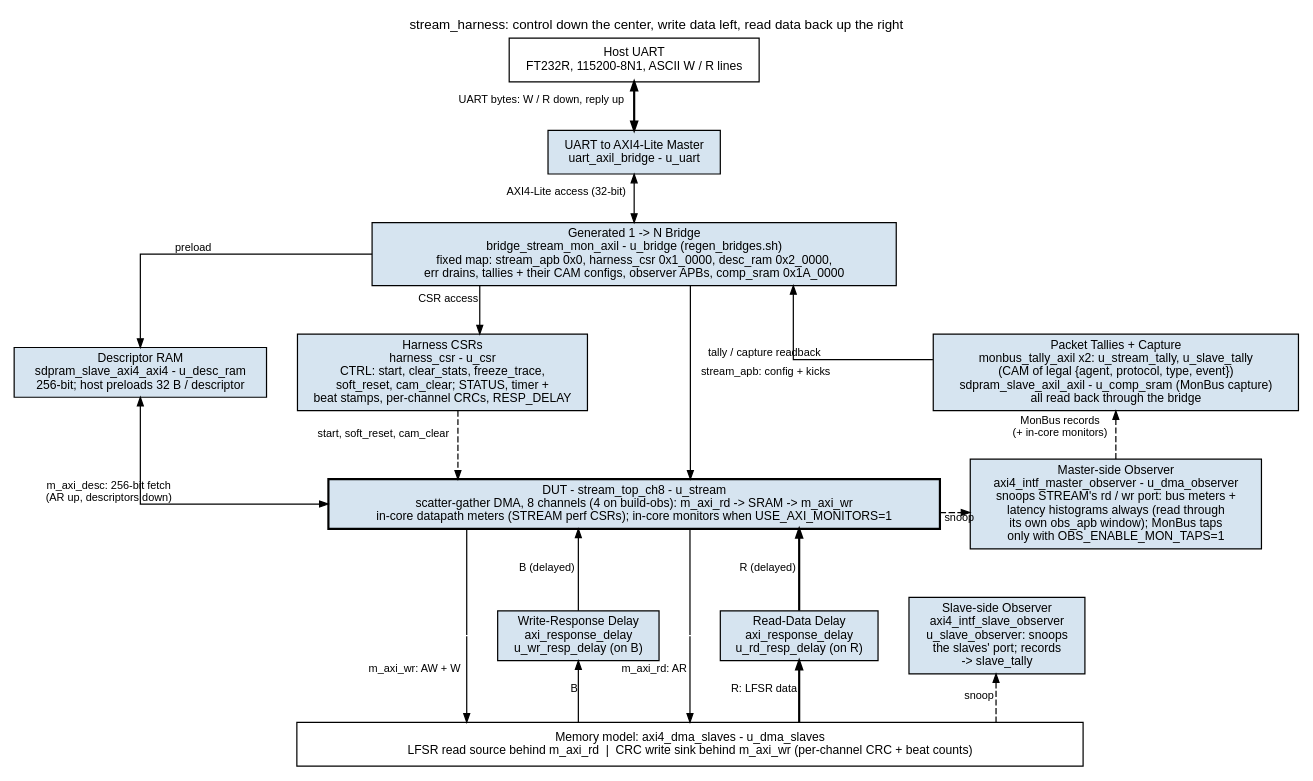
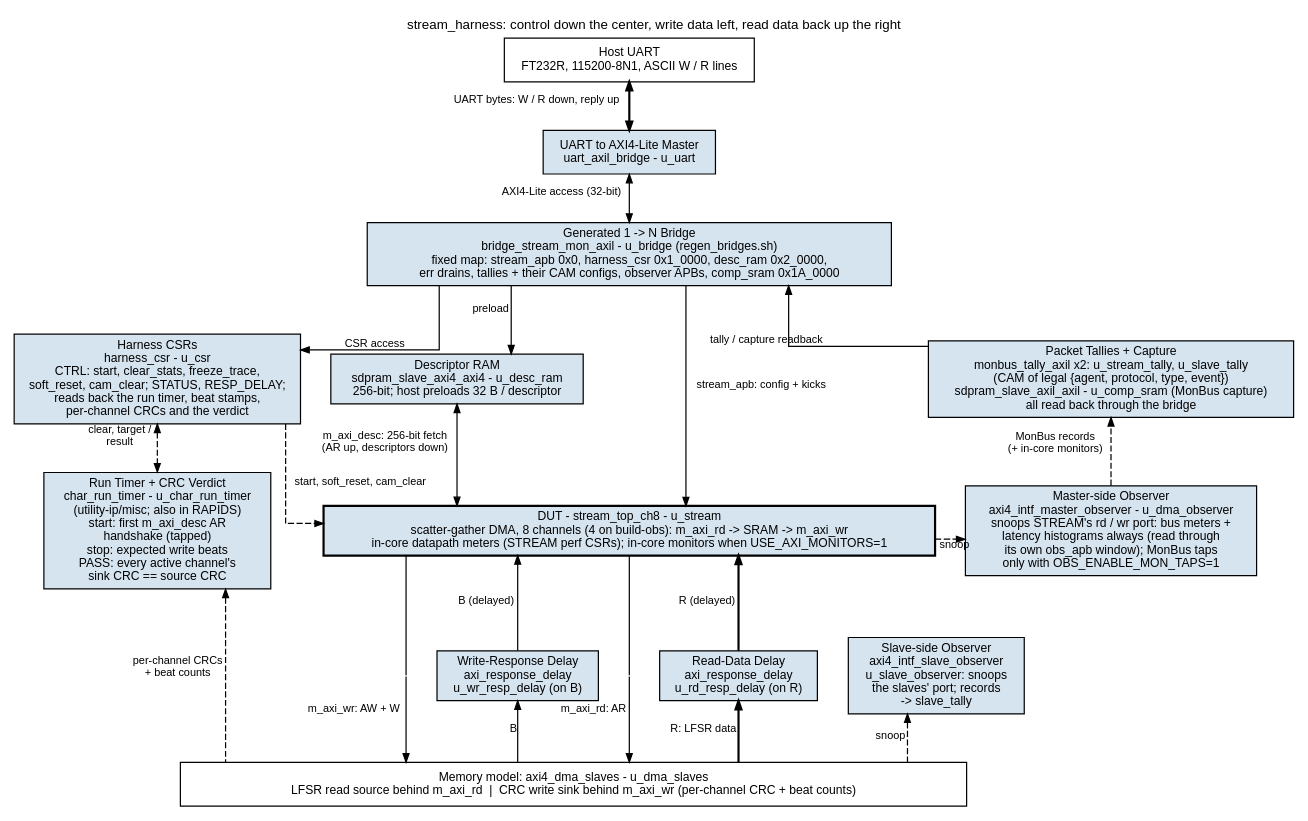
The diagram in projects/fpga-systems/Genesys2/dma-ip/stream/docs/stream_fpga_system/assets/graphviz/02_harness_blocks.dot (sean-galloway/RTLDesignSherpa), drawn with Graphviz before and after one commit. The commit also changed 33 other files, not shown here.

First line of the commit message:
docs(fpga-systems): run timer in the STREAM and RAPIDS system books and diagrams

```diff
--- a/projects/fpga-systems/Genesys2/dma-ip/stream/docs/stream_fpga_system/assets/graphviz/02_harness_blocks.dot
+++ b/projects/fpga-systems/Genesys2/dma-ip/stream/docs/stream_fpga_system/assets/graphviz/02_harness_blocks.dot
@@ -1,74 +1,81 @@
 // Figure 2.1 -- stream_harness block map, in the house style
 // (vault/handbook/authoring/block-diagrams.md). Every block is an instance in
 // Genesys2/dma-ip/stream/rtl/stream_harness.sv.
 //   - Host UART on top; control runs down the center through the generated
 //     1 -> N bridge to the DUT's APB window.
 //   - The boundary bar is axi4_dma_slaves, the memory model under both DMA
 //     masters. Write data (AW + W) goes down the left, B comes back up
 //     through its delay; AR goes down and R climbs the right through its
 //     delay (the reference's spatial loop).
 //   - The two interface observers are pure snoops (every AXI port an input):
 //     the master observer on STREAM's own rd/wr port, the slave observer on
 //     the slaves' port. Their bus meters and latency histograms always count;
 //     only their MonBus taps are gated (OBS_ENABLE_MON_TAPS).
 //   - Tallies and capture are read back through the bridge (named in their
 //     labels, not drawn as N edges back to the top).
+//   - The run timer and CRC verdict (char_run_timer, utility-ip/misc, the same
+//     module the RAPIDS harnesses use) sits beside the DUT on the left: its
+//     start is a tap on the descriptor AR handshake (named in its label), its CRCs and beat counts climb from
+//     the memory model, and harness_csr reads its result.
 digraph harness_blocks {
     graph [rankdir=TB, bgcolor="white", fontname="Helvetica", fontsize=11,
            nodesep="0.35", ranksep="0.55", splines=ortho, newrank=true,
            label="stream_harness: control down the center, write data left, read data back up the right", labelloc=t];
     node  [fontname="Helvetica", fontsize=10, shape=box, style=filled,
            fillcolor="#D6E4F0", color="black", margin="0.12,0.06"];
     edge  [fontname="Helvetica", fontsize=9, color="black", arrowsize=0.7];
 
     host  [group=C, label="Host UART\nFT232R, 115200-8N1, ASCII W / R lines", fillcolor="white"];
     uart  [group=C, label="UART to AXI4-Lite Master\nuart_axil_bridge - u_uart"];
     brg   [group=C, label="Generated 1 -> N Bridge\nbridge_stream_mon_axil - u_bridge (regen_bridges.sh)\nfixed map: stream_apb 0x0, harness_csr 0x1_0000, desc_ram 0x2_0000,\nerr drains, tallies + their CAM configs, observer APBs, comp_sram 0x1A_0000", width=6];
 
-    csr   [group=L, label="Harness CSRs\nharness_csr - u_csr\nCTRL: start, clear_stats, freeze_trace,\nsoft_reset, cam_clear; STATUS, timer +\nbeat stamps, per-channel CRCs, RESP_DELAY"];
+    csr   [group=L, label="Harness CSRs\nharness_csr - u_csr\nCTRL: start, clear_stats, freeze_trace,\nsoft_reset, cam_clear; STATUS, RESP_DELAY;\nreads back the run timer, beat stamps,\nper-channel CRCs and the verdict"];
     desc  [group=L2, label="Descriptor RAM\nsdpram_slave_axi4_axi4 - u_desc_ram\n256-bit; host preloads 32 B / descriptor"];
     tally [group=R, label="Packet Tallies + Capture\nmonbus_tally_axil x2: u_stream_tally, u_slave_tally\n(CAM of legal {agent, protocol, type, event})\nsdpram_slave_axil_axil - u_comp_sram (MonBus capture)\nall read back through the bridge"];
 
+    tmr   [group=L, label="Run Timer + CRC Verdict\nchar_run_timer - u_char_run_timer\n(utility-ip/misc; also in RAPIDS)\nstart: first m_axi_desc AR\nhandshake (tapped)\nstop: expected write beats\nPASS: every active channel's\nsink CRC == source CRC"];
     dut   [group=C, label="DUT - stream_top_ch8 - u_stream\nscatter-gather DMA, 8 channels (4 on build-obs): m_axi_rd -> SRAM -> m_axi_wr\nin-core datapath meters (STREAM perf CSRs); in-core monitors when USE_AXI_MONITORS=1", width=7, penwidth=1.8];
 
     mobs  [group=R, label="Master-side Observer\naxi4_intf_master_observer - u_dma_observer\nsnoops STREAM's rd / wr port: bus meters +\nlatency histograms always (read through\nits own obs_apb window); MonBus taps\nonly with OBS_ENABLE_MON_TAPS=1"];
 
     wdly  [group=L, label="Write-Response Delay\naxi_response_delay\nu_wr_resp_delay (on B)"];
     rdly  [group=R2, label="Read-Data Delay\naxi_response_delay\nu_rd_resp_delay (on R)"];
     sobs  [group=R, label="Slave-side Observer\naxi4_intf_slave_observer\nu_slave_observer: snoops\nthe slaves' port; records\n-> slave_tally"];
 
     p_aw  [shape=point, style=invis, width=0.01, label=""];
     p_ar  [shape=point, style=invis, width=0.01, label=""];
 
     bar   [group=C, label="Memory model: axi4_dma_slaves - u_dma_slaves\nLFSR read source behind m_axi_rd  |  CRC write sink behind m_axi_wr (per-channel CRC + beat counts)",
            fillcolor="white", width=9];
 
     { rank=same; csr; desc; tally; }
-    desc -> csr -> tally [style=invis];
-    { rank=same; dut; mobs; }
-    dut -> mobs [style=invis];
+    csr -> desc -> tally [style=invis];
+    { rank=same; tmr; dut; mobs; }
+    tmr -> dut -> mobs [style=invis];
     { rank=same; p_aw; wdly; p_ar; rdly; sobs; }
     p_aw -> wdly -> p_ar -> rdly -> sobs [style=invis];
 
     host -> uart [dir=both, penwidth=1.8, xlabel="UART bytes: W / R down, reply up"];
     uart -> brg  [dir=both, xlabel="AXI4-Lite access (32-bit)"];
     brg  -> csr  [xlabel="CSR access"];
     brg  -> desc [xlabel="preload"];
     brg  -> tally [dir=back, xlabel="tally / capture readback"];
     brg  -> dut  [xlabel="stream_apb: config + kicks"];
     csr  -> dut  [style=dashed, xlabel="start, soft_reset, cam_clear"];
+    csr  -> tmr  [style=dashed, dir=both, xlabel="clear, target /\nresult"];
+    tmr  -> bar  [style=dashed, dir=back, xlabel="per-channel CRCs\n+ beat counts"];
     desc -> dut  [dir=both, xlabel="m_axi_desc: 256-bit fetch\n(AR up, descriptors down)"];
 
     dut  -> p_aw [dir=none];
     p_aw -> bar  [xlabel="m_axi_wr: AW + W"];
     dut  -> wdly [dir=back, xlabel="B (delayed)"];
     wdly -> bar  [dir=back, xlabel="B"];
     dut  -> p_ar [dir=none];
     p_ar -> bar  [xlabel="m_axi_rd: AR"];
     dut  -> rdly [dir=back, penwidth=1.8, xlabel="R (delayed)"];
     rdly -> bar  [dir=back, penwidth=1.8, xlabel="R: LFSR data"];
 
     dut  -> mobs [style=dashed, constraint=false, xlabel="snoop"];
     sobs -> bar  [style=dashed, dir=back, xlabel="snoop"];
     mobs -> tally [style=dashed, xlabel="MonBus records\n(+ in-core monitors)"];
 }
```
